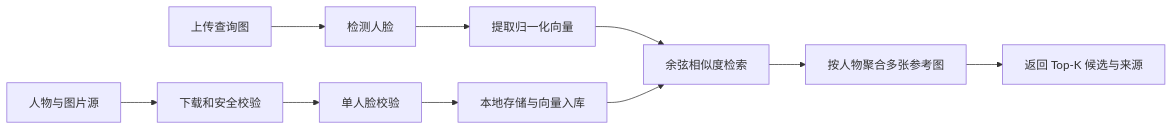
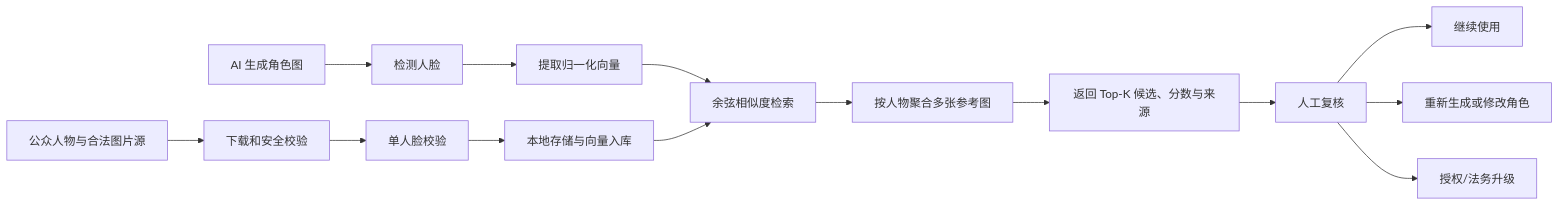
Before and after one commit to Hoofprintrollerbandage72/celebrity-face-search: the diagram in README.md, drawn with Mermaid. The commit also changed other lines of this file and 3 other files, not shown here.

````diff
--- a/README.md
+++ b/README.md
@@ -38,13 +50,17 @@
 ```mermaid
 flowchart LR
-    A["上传查询图"] --> B["检测人脸"]
+    A["AI 生成角色图"] --> B["检测人脸"]
     B --> C["提取归一化向量"]
     C --> D["余弦相似度检索"]
     D --> E["按人物聚合多张参考图"]
-    E --> F["返回 Top-K 候选与来源"]
+    E --> F["返回 Top-K 候选、分数与来源"]
+    F --> K["人工复核"]
+    K --> L["继续使用"]
+    K --> M["重新生成或修改角色"]
+    K --> N["授权/法务升级"]
 
-    G["人物与图片源"] --> H["下载和安全校验"]
+    G["公众人物与合法图片源"] --> H["下载和安全校验"]
     H --> I["单人脸校验"]
     I --> J["本地存储与向量入库"]
     J --> D
 ```
````
